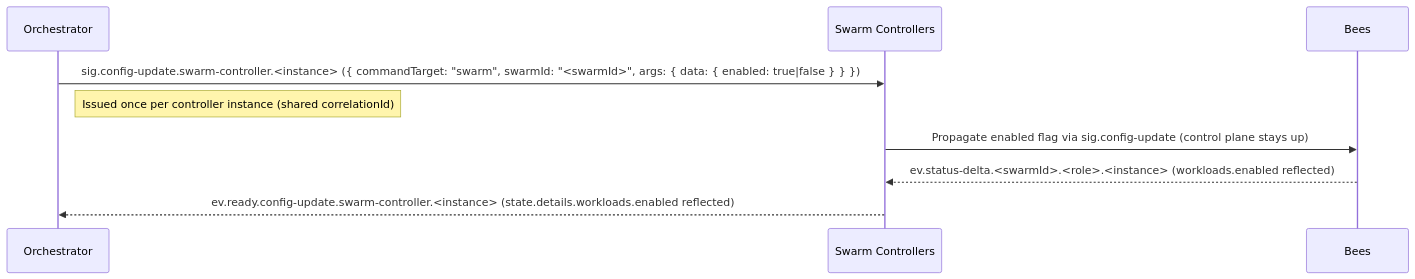
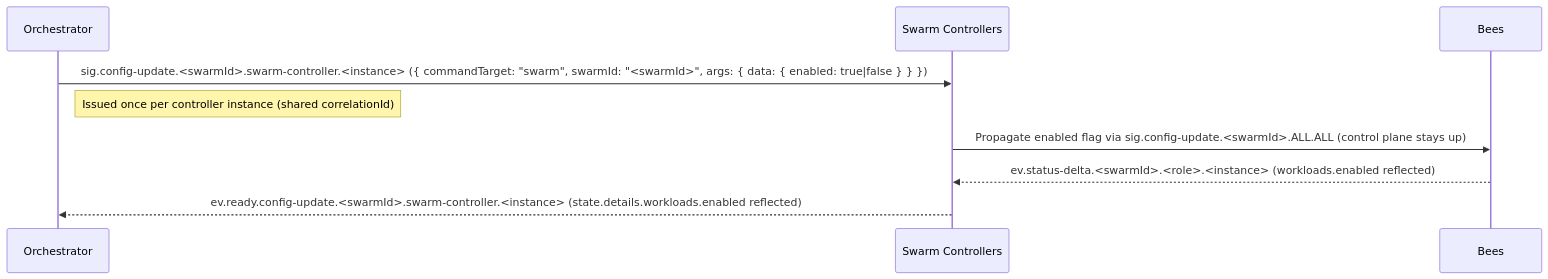
The fourth of 8 diagrams in docs/ARCHITECTURE.md (sepa79/PocketHive), drawn with Mermaid before and after one commit. The commit also changed other lines of this file and 29 other files, not shown here.

````diff
--- a/docs/ARCHITECTURE.md
+++ b/docs/ARCHITECTURE.md
@@ -200,12 +207,12 @@
 ```mermaid
 sequenceDiagram
   participant QN as Orchestrator
   participant MSH as Swarm Controllers
   participant CMP as Bees
 
-  QN->>MSH: sig.config-update.swarm-controller.<instance> ({ commandTarget: "swarm", swarmId: "<swarmId>", args: { data: { enabled: true|false } } })
+  QN->>MSH: sig.config-update.<swarmId>.swarm-controller.<instance> ({ commandTarget: "swarm", swarmId: "<swarmId>", args: { data: { enabled: true|false } } })
   note right of QN: Issued once per controller instance (shared correlationId)
-  MSH->>CMP: Propagate enabled flag via sig.config-update (control plane stays up)
+  MSH->>CMP: Propagate enabled flag via sig.config-update.<swarmId>.ALL.ALL (control plane stays up)
   CMP-->>MSH: ev.status-delta.<swarmId>.<role>.<instance> (workloads.enabled reflected)
-  MSH-->>QN: ev.ready.config-update.swarm-controller.<instance> (state.details.workloads.enabled reflected)
+  MSH-->>QN: ev.ready.config-update.<swarmId>.swarm-controller.<instance> (state.details.workloads.enabled reflected)
 ```
````
